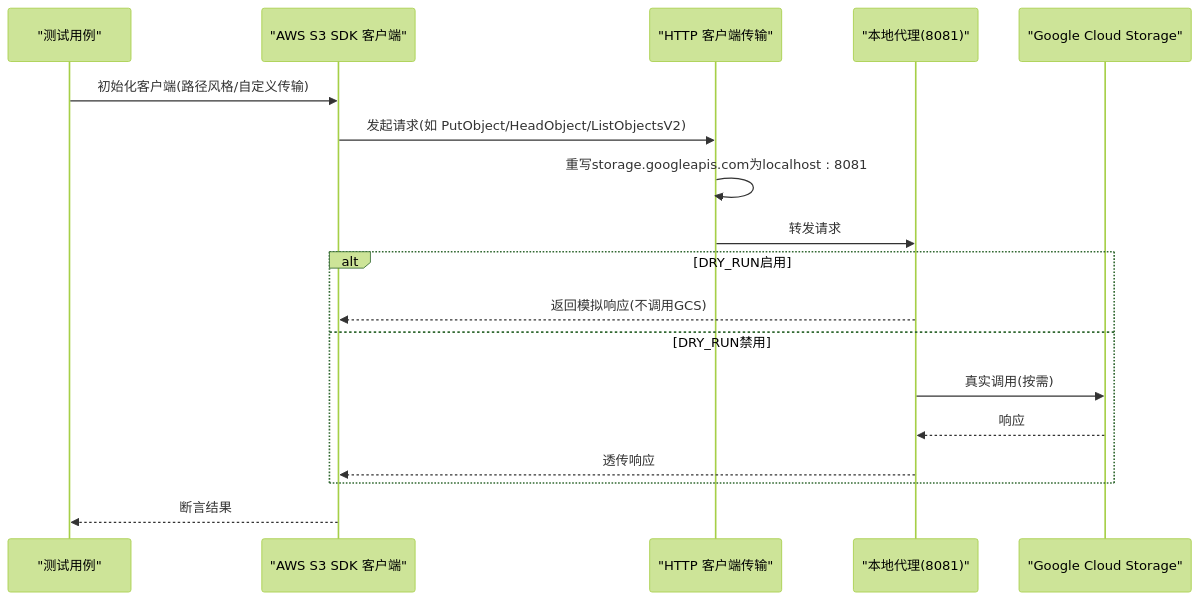
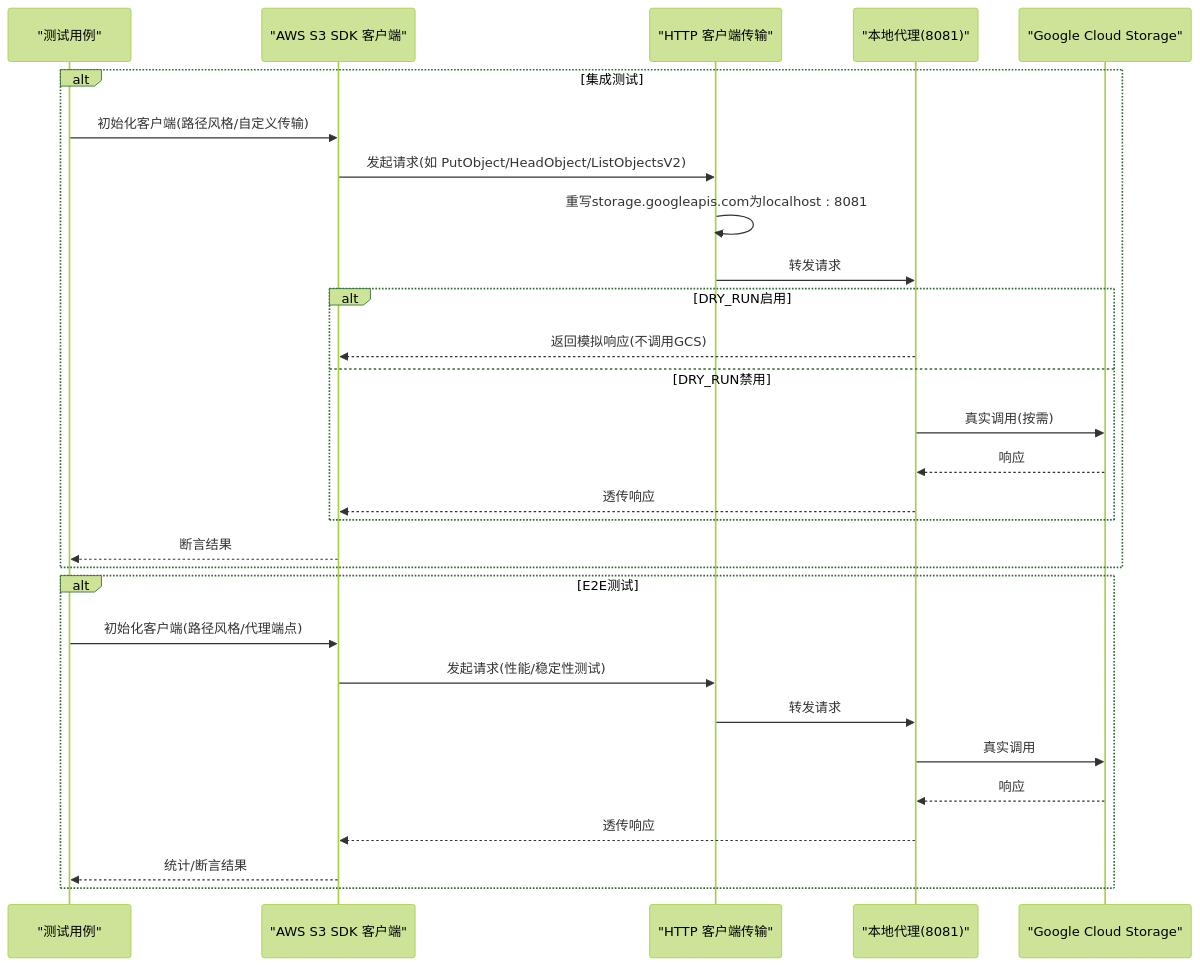
The second of 9 diagrams in .qoder/repowiki/zh/content/测试策略/集成测试.md (flying1574/S3Proxy4GCS), drawn with Mermaid (forest theme) before and after one commit. The commit also changed other lines of this file and 6 other files, not shown here.

````diff
--- a/.qoder/repowiki/zh/content/测试策略/集成测试.md
+++ b/.qoder/repowiki/zh/content/测试策略/集成测试.md
@@ -94,20 +121,31 @@
 ```mermaid
 sequenceDiagram
 participant T as "测试用例"
 participant SDK as "AWS S3 SDK 客户端"
 participant HTTP as "HTTP 客户端传输"
 participant Proxy as "本地代理(8081)"
 participant GCS as "Google Cloud Storage"
+alt 集成测试
 T->>SDK : 初始化客户端(路径风格/自定义传输)
 SDK->>HTTP : 发起请求(如 PutObject/HeadObject/ListObjectsV2)
 HTTP->>HTTP : 重写storage.googleapis.com为localhost : 8081
 HTTP->>Proxy : 转发请求
 alt DRY_RUN启用
 Proxy-->>SDK : 返回模拟响应(不调用GCS)
 else DRY_RUN禁用
 Proxy->>GCS : 真实调用(按需)
 GCS-->>Proxy : 响应
 Proxy-->>SDK : 透传响应
 end
 SDK-->>T : 断言结果
+end
+alt E2E测试
+T->>SDK : 初始化客户端(路径风格/代理端点)
+SDK->>HTTP : 发起请求(性能/稳定性测试)
+HTTP->>Proxy : 转发请求
+Proxy->>GCS : 真实调用
+GCS-->>Proxy : 响应
+Proxy-->>SDK : 透传响应
+SDK-->>T : 统计/断言结果
+end
 ```
````
